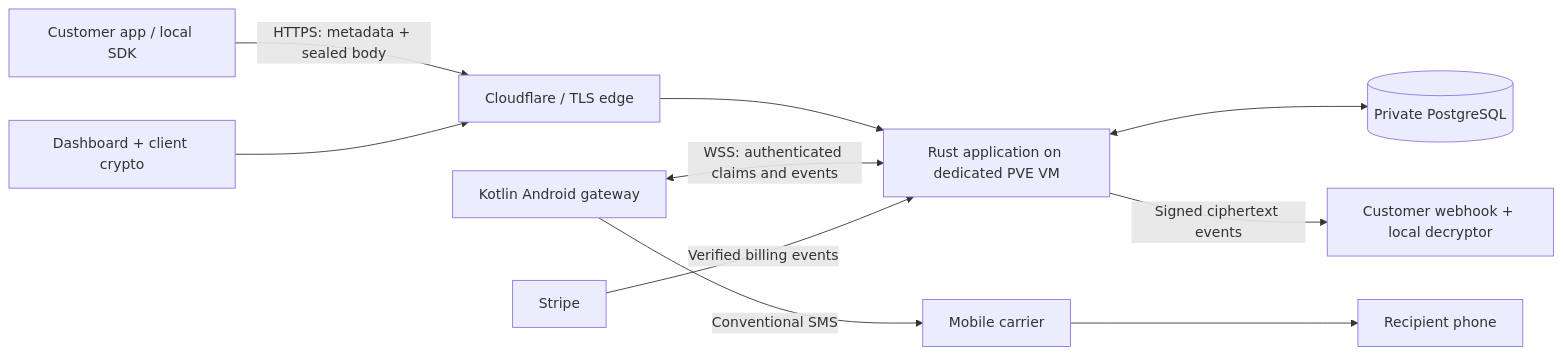
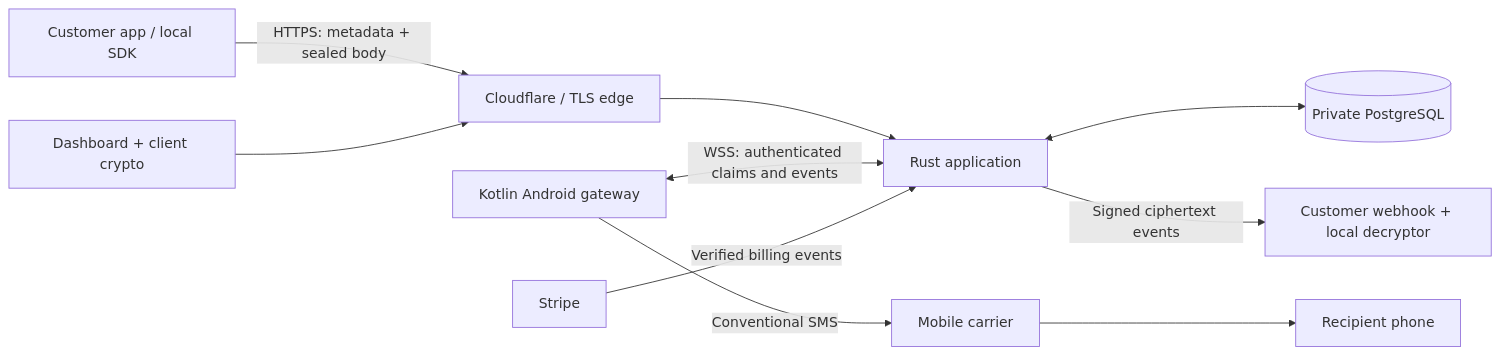
Before and after one commit to pboachie/zrotext: the diagram in docs/ARCHITECTURE.md, drawn with Mermaid. The commit also changed other lines of this file and 30 other files, not shown here.

````diff
--- a/docs/ARCHITECTURE.md
+++ b/docs/ARCHITECTURE.md
@@ -9,12 +9,12 @@
 ```mermaid
 flowchart LR
   SDK[Customer app / local SDK] -->|HTTPS: metadata + sealed body| EDGE[Cloudflare / TLS edge]
   WEB[Dashboard + client crypto] --> EDGE
-  EDGE --> APP[Rust application on dedicated PVE VM]
+  EDGE --> APP[Rust application]
   APP <--> PG[(Private PostgreSQL)]
   PHONE[Kotlin Android gateway] <-->|WSS: authenticated claims and events| APP
   PHONE -->|Conventional SMS| CARRIER[Mobile carrier]
   CARRIER --> RECIPIENT[Recipient phone]
   APP -->|Signed ciphertext events| HOOK[Customer webhook + local decryptor]
   STRIPE[Stripe] -->|Verified billing events| APP
 ```
````
